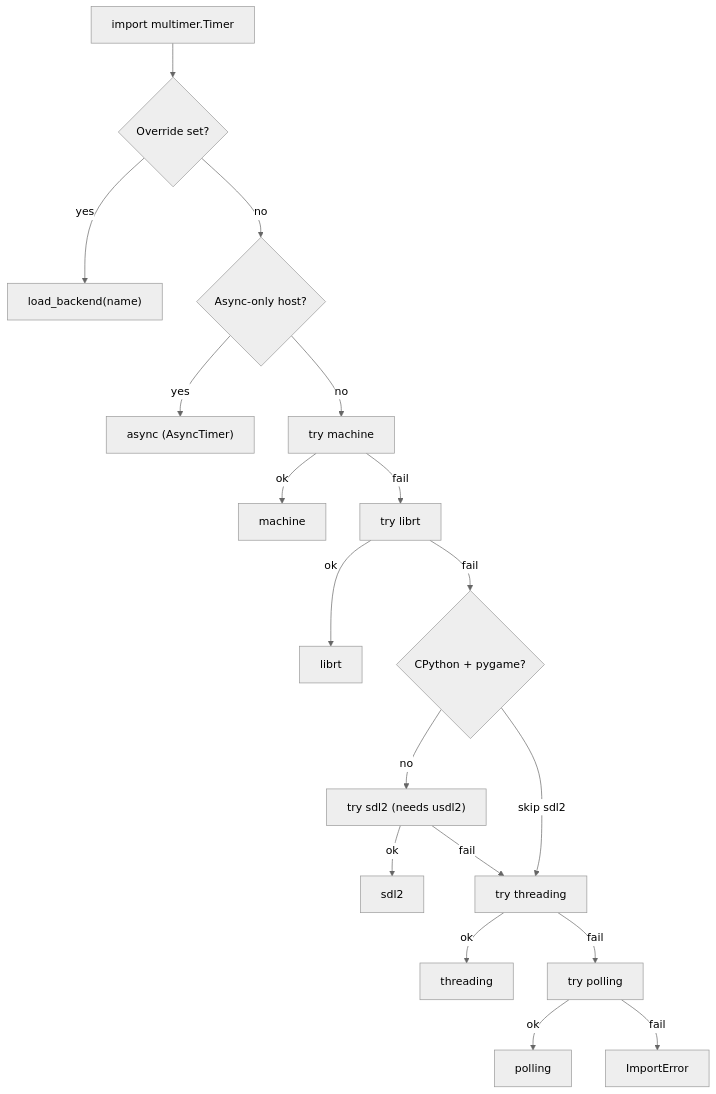
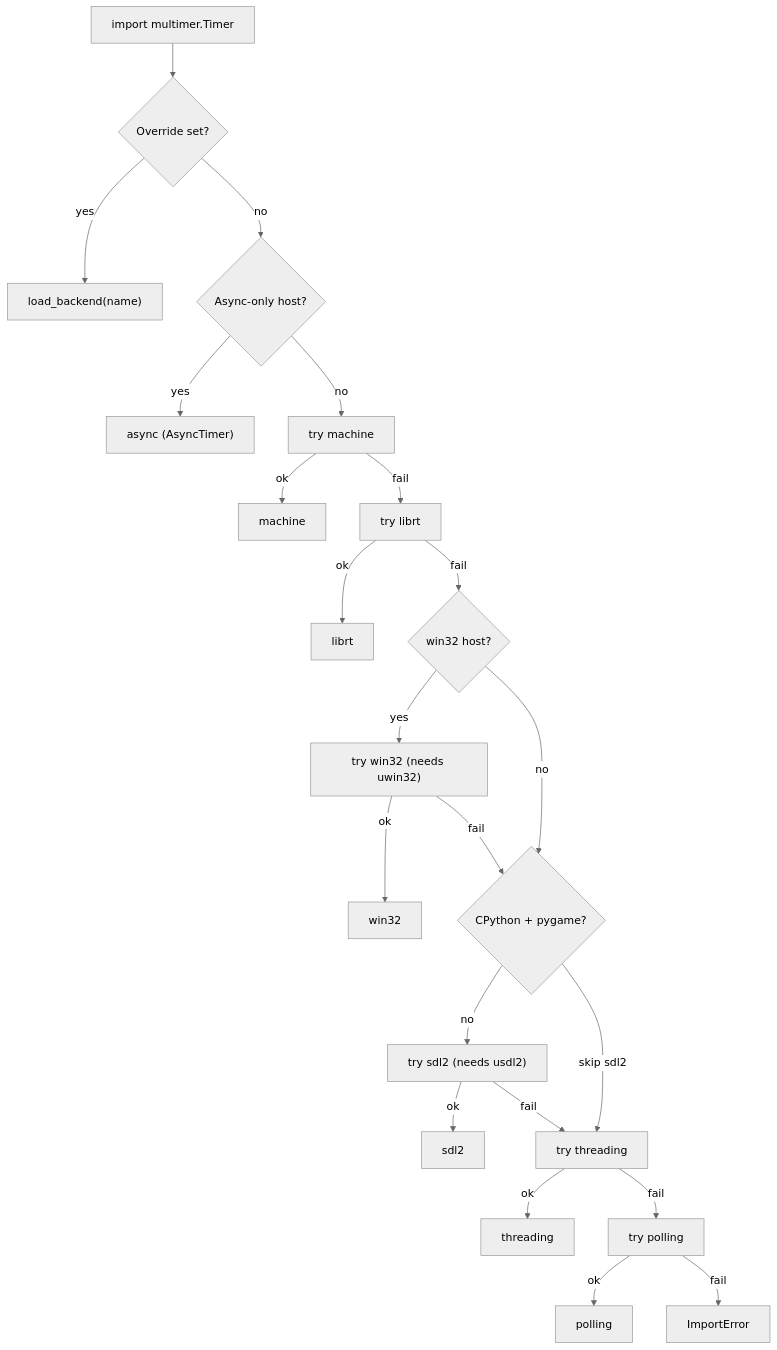
Before and after one commit to PyDevices/pydisplay: the diagram in docs/concepts/multimer.md, drawn with Mermaid (neutral theme). The commit also changed other lines of this file and 21 other files, not shown here.

````diff
--- a/docs/concepts/multimer.md
+++ b/docs/concepts/multimer.md
@@ -192,38 +192,45 @@
 ```mermaid
 flowchart TB
   start["import multimer.Timer"]
   override{"Override set?"}
   bind["load_backend(name)"]
   async_q{"Async-only host?"}
   async_b["async (AsyncTimer)"]
   try_machine["try machine"]
   machine["machine"]
   try_librt["try librt"]
   librt["librt"]
+  skip_win32{"win32 host?"}
+  try_win32["try win32 (needs uwin32)"]
+  win32b["win32"]
   skip_sdl2{"CPython + pygame?"}
   try_sdl2["try sdl2 (needs usdl2)"]
   sdl2["sdl2"]
   try_threading["try threading"]
   threading["threading"]
   try_polling["try polling"]
   polling["polling"]
   fail["ImportError"]
 
   start --> override
   override -->|yes| bind
   override -->|no| async_q
   async_q -->|yes| async_b
   async_q -->|no| try_machine
   try_machine -->|ok| machine
   try_machine -->|fail| try_librt
   try_librt -->|ok| librt
-  try_librt -->|fail| skip_sdl2
+  try_librt -->|fail| skip_win32
+  skip_win32 -->|no| skip_sdl2
+  skip_win32 -->|yes| try_win32
+  try_win32 -->|ok| win32b
+  try_win32 -->|fail| skip_sdl2
   skip_sdl2 -->|skip sdl2| try_threading
   skip_sdl2 -->|no| try_sdl2
   try_sdl2 -->|ok| sdl2
   try_sdl2 -->|fail| try_threading
   try_threading -->|ok| threading
   try_threading -->|fail| try_polling
   try_polling -->|ok| polling
   try_polling -->|fail| fail
 ```
````
